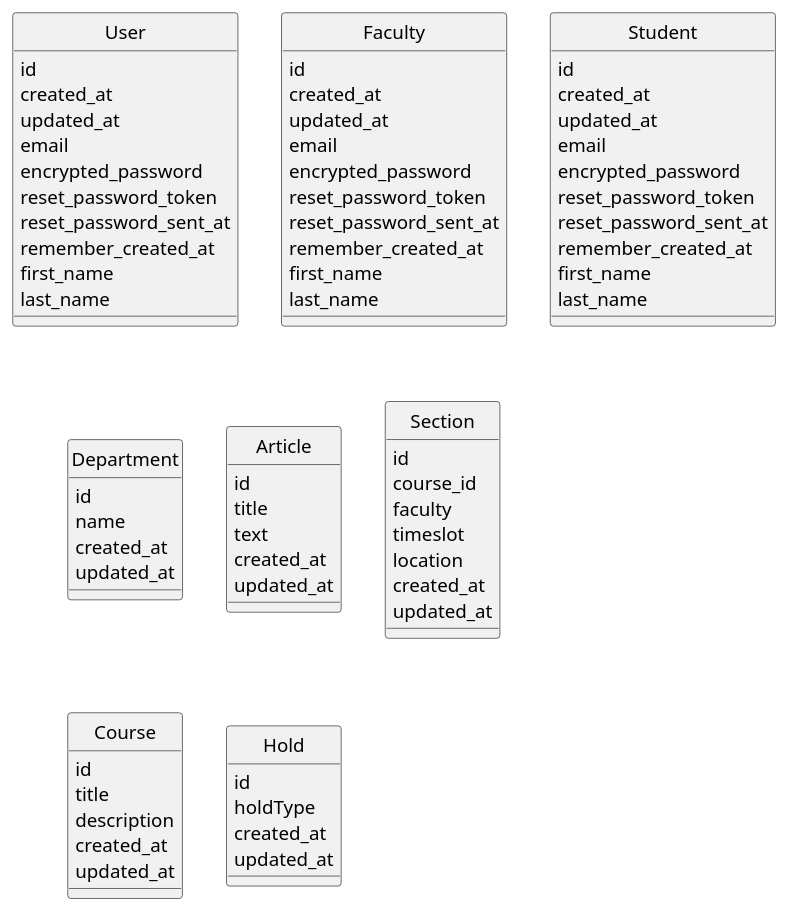
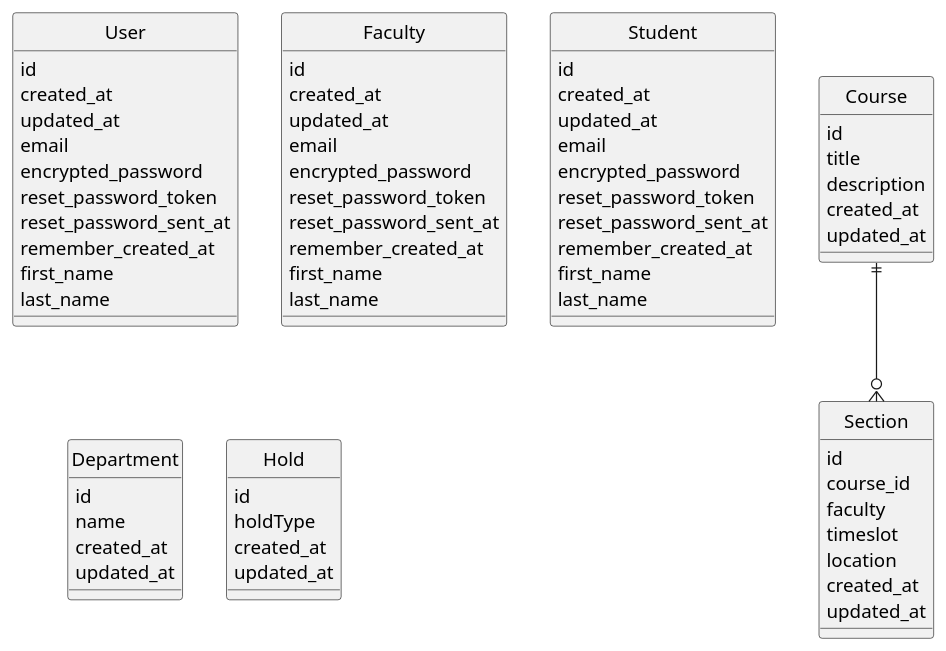
Before and after one commit to ow-fall2019-sysdes-nll/course-assistant: the diagram in app/diagramm.puml, drawn with PlantUML. The commit also changed 1 other file, not shown here.

Commit message:
Add generating UML from association

```diff
--- a/app/diagramm.puml
+++ b/app/diagramm.puml
@@ -1,79 +1,77 @@
 @startuml
+
 hide circle
 skinparam linetype ortho
 skinparam shadowing false
 skinparam monochrome true
 skinparam DefaultFontName Helvetica
 skinparam DefaultFontSize 15
+
 entity User {
 id
 created_at
 updated_at
 email
 encrypted_password
 reset_password_token
 reset_password_sent_at
 remember_created_at
 first_name
 last_name
 }
 entity Faculty {
 id
 created_at
 updated_at
 email
 encrypted_password
 reset_password_token
 reset_password_sent_at
 remember_created_at
 first_name
 last_name
 }
 entity Student {
 id
 created_at
 updated_at
 email
 encrypted_password
 reset_password_token
 reset_password_sent_at
 remember_created_at
 first_name
 last_name
 }
 entity Department {
 id
 name
 created_at
 updated_at
 }
-entity Article {
-id
-title
-text
-created_at
-updated_at
-}
 entity Section {
 id
 course_id
 faculty
 timeslot
 location
 created_at
 updated_at
 }
 entity Course {
 id
 title
 description
 created_at
 updated_at
 }
 entity Hold {
 id
 holdType
 created_at
 updated_at
 }
+
+Course ||--o{ Section
+
 @enduml
```
